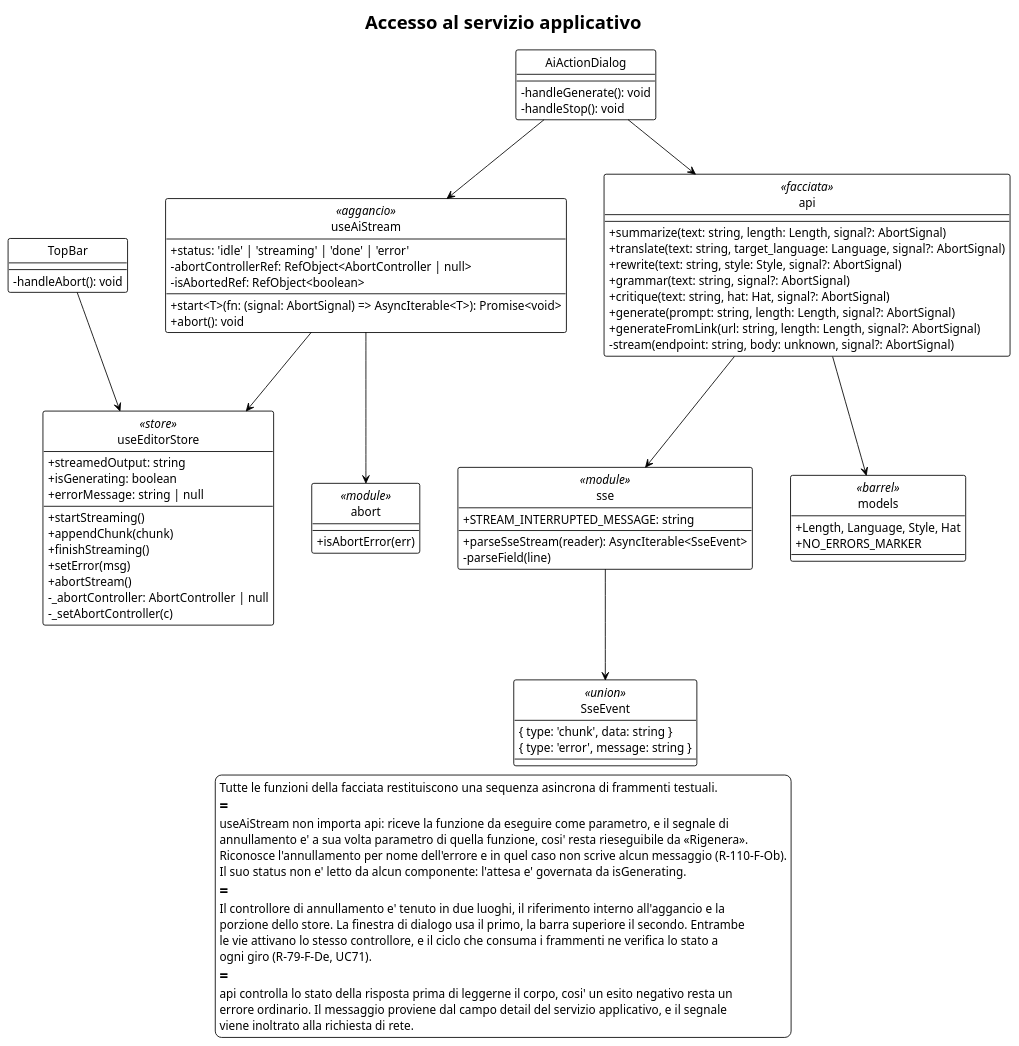
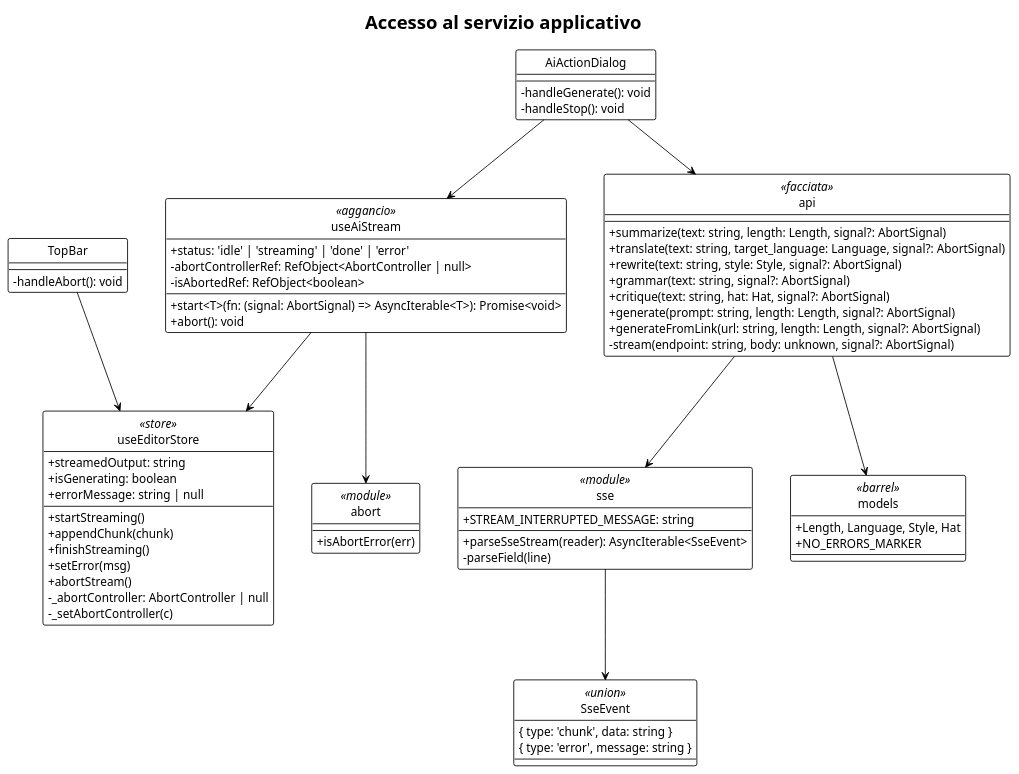
The diagram in PB/doc_esterna/specifica_tecnica/assets/plantuml/UML3.3.5.puml (thebitless-group-swe/thebitless.github.io), drawn with PlantUML before and after one commit. The commit also changed 35 other files, not shown here.

```diff
--- a/PB/doc_esterna/specifica_tecnica/assets/plantuml/UML3.3.5.puml
+++ b/PB/doc_esterna/specifica_tecnica/assets/plantuml/UML3.3.5.puml
@@ -1,108 +1,90 @@
 @startuml
 !theme plain
 hide circle
 skinparam classAttributeIconSize 0
 skinparam shadowing false
 skinparam defaultFontSize 14
 skinparam nodesep 45
 skinparam ranksep 65
 
 title Accesso al servizio applicativo
 
 top to bottom direction
 
 class AiActionDialog {
   - handleGenerate(): void
   - handleStop(): void
 }
 
 class TopBar {
   - handleAbort(): void
 }
 
 class useAiStream <<aggancio>> {
   + start<T>(fn: (signal: AbortSignal) => AsyncIterable<T>): Promise<void>
   + abort(): void
   + status: 'idle' | 'streaming' | 'done' | 'error'
   - abortControllerRef: RefObject<AbortController | null>
   - isAbortedRef: RefObject<boolean>
 }
 
 class useEditorStore <<store>> {
   + streamedOutput: string
   + isGenerating: boolean
   + errorMessage: string | null
   __
   + startStreaming()
   + appendChunk(chunk)
   + finishStreaming()
   + setError(msg)
   + abortStream()
   - _abortController: AbortController | null
   - _setAbortController(c)
 }
 
 class api <<facciata>> {
   + summarize(text: string, length: Length, signal?: AbortSignal)
   + translate(text: string, target_language: Language, signal?: AbortSignal)
   + rewrite(text: string, style: Style, signal?: AbortSignal)
   + grammar(text: string, signal?: AbortSignal)
   + critique(text: string, hat: Hat, signal?: AbortSignal)
   + generate(prompt: string, length: Length, signal?: AbortSignal)
   + generateFromLink(url: string, length: Length, signal?: AbortSignal)
   - stream(endpoint: string, body: unknown, signal?: AbortSignal)
 }
 
 class sse <<module>> {
   + parseSseStream(reader): AsyncIterable<SseEvent>
   + STREAM_INTERRUPTED_MESSAGE: string
   - parseField(line)
 }
 
 class SseEvent <<union>> {
   { type: 'chunk', data: string }
   { type: 'error', message: string }
 }
 
 class models <<barrel>> {
   + Length, Language, Style, Hat
   + NO_ERRORS_MARKER
 }
 
 class abort <<module>> {
   + isAbortError(err)
 }
 
 AiActionDialog --> useAiStream
 AiActionDialog --> api
 TopBar --> useEditorStore
 useAiStream --> useEditorStore
 useAiStream --> abort
 api --> sse
 api --> models
 sse --> SseEvent
 
 ' vincoli di impaginazione
 useAiStream -[hidden]right- api
 useEditorStore -[hidden]right- sse
 sse -[hidden]right- models
 
-legend bottom
-  Tutte le funzioni della facciata restituiscono una sequenza asincrona di frammenti testuali.
-  ==
-  useAiStream non importa api: riceve la funzione da eseguire come parametro, e il segnale di
-  annullamento e' a sua volta parametro di quella funzione, cosi' resta rieseguibile da «Rigenera».
-  Riconosce l'annullamento per nome dell'errore e in quel caso non scrive alcun messaggio (R-110-F-Ob).
-  Il suo status non e' letto da alcun componente: l'attesa e' governata da isGenerating.
-  ==
-  Il controllore di annullamento e' tenuto in due luoghi, il riferimento interno all'aggancio e la
-  porzione dello store. La finestra di dialogo usa il primo, la barra superiore il secondo. Entrambe
-  le vie attivano lo stesso controllore, e il ciclo che consuma i frammenti ne verifica lo stato a
-  ogni giro (R-79-F-De, UC71).
-  ==
-  api controlla lo stato della risposta prima di leggerne il corpo, cosi' un esito negativo resta un
-  errore ordinario. Il messaggio proviene dal campo detail del servizio applicativo, e il segnale
-  viene inoltrato alla richiesta di rete.
-endlegend
-
 @enduml
```
